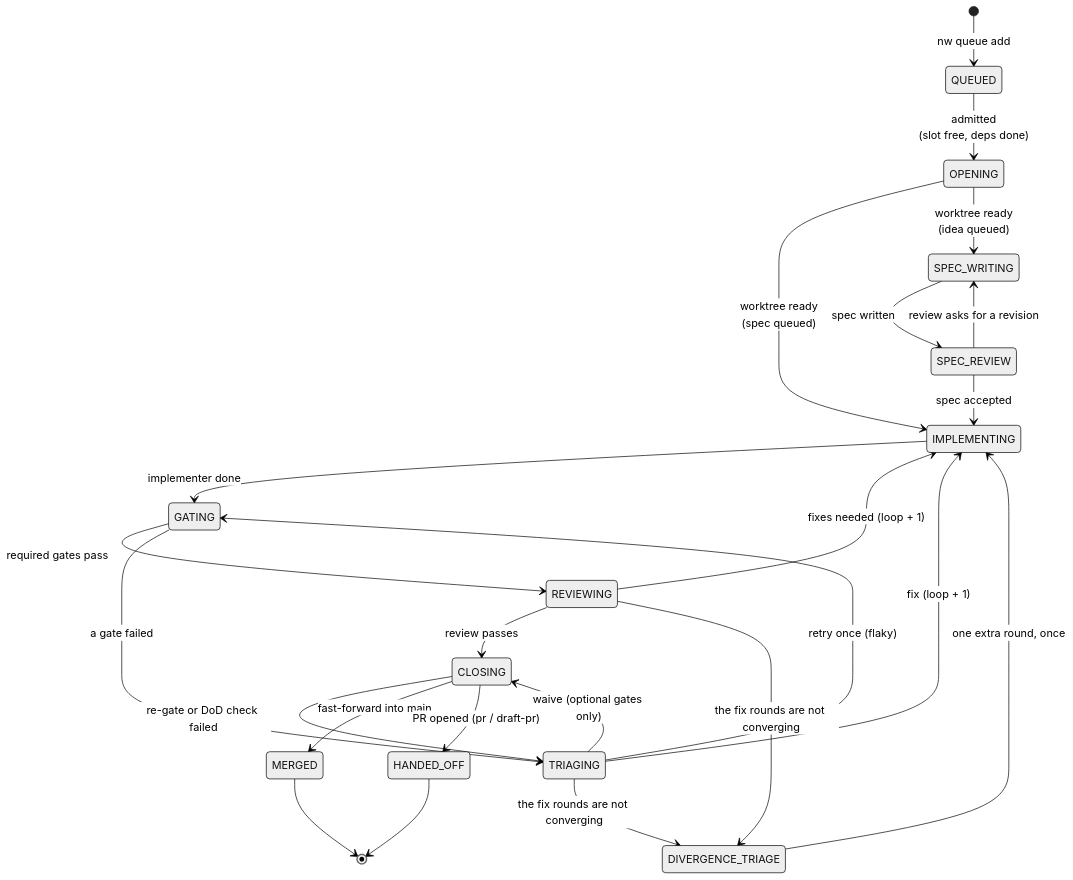
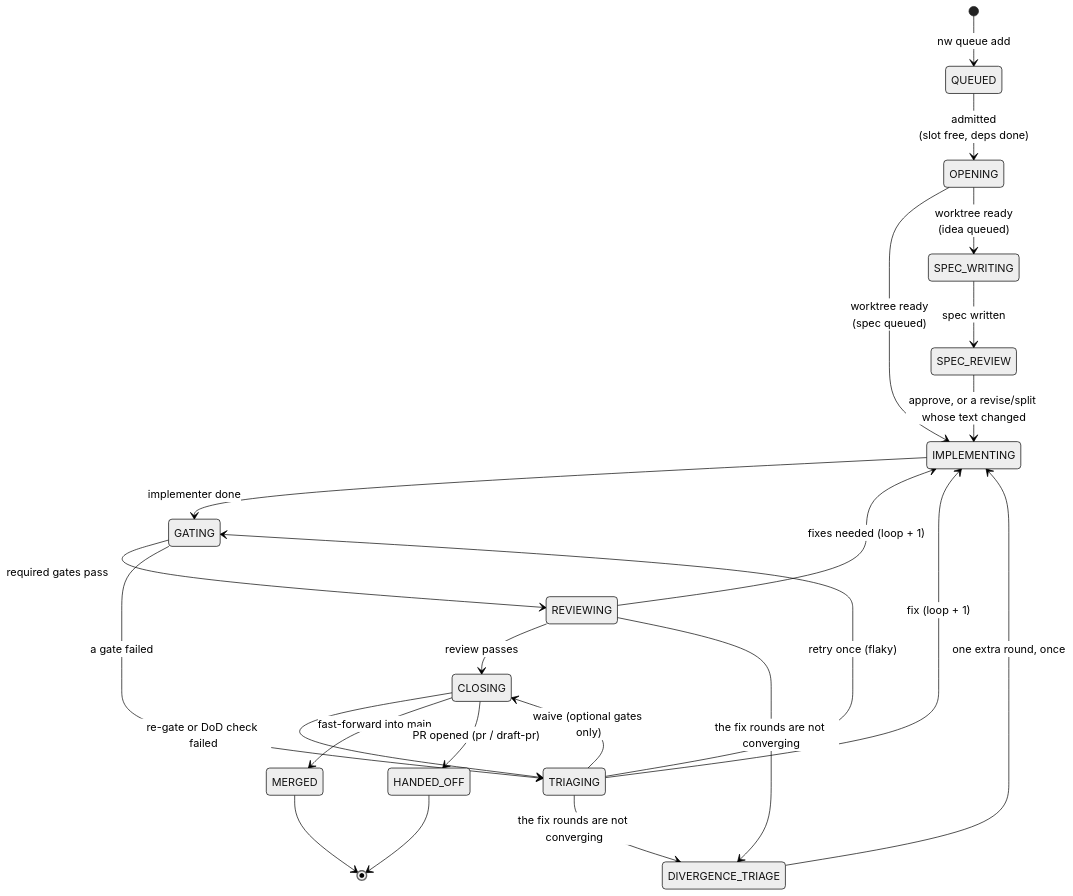
One commit to brunosmmm/nightwright changed the first of 3 diagrams in docs/product/loop/states.md. Above: the diagram before and after it, drawn with Mermaid (neutral theme). The commit also changed other lines of this file and 38 other files, not shown here.

````diff
--- a/docs/product/loop/states.md
+++ b/docs/product/loop/states.md
@@ -11,27 +11,26 @@
 ```mermaid
 stateDiagram-v2
     direction TB
     [*] --> QUEUED: nw queue add
     QUEUED --> OPENING: admitted<br/>(slot free, deps done)
     OPENING --> IMPLEMENTING: worktree ready<br/>(spec queued)
     OPENING --> SPEC_WRITING: worktree ready<br/>(idea queued)
     SPEC_WRITING --> SPEC_REVIEW: spec written
-    SPEC_REVIEW --> SPEC_WRITING: review asks for a revision
-    SPEC_REVIEW --> IMPLEMENTING: spec accepted
+    SPEC_REVIEW --> IMPLEMENTING: approve, or a revise/split whose text changed
     IMPLEMENTING --> GATING: implementer done
     GATING --> REVIEWING: required gates pass
     GATING --> TRIAGING: a gate failed
     TRIAGING --> IMPLEMENTING: fix (loop + 1)
     TRIAGING --> GATING: retry once (flaky)
     TRIAGING --> CLOSING: waive (optional gates only)
     REVIEWING --> IMPLEMENTING: fixes needed (loop + 1)
     REVIEWING --> CLOSING: review passes
     REVIEWING --> DIVERGENCE_TRIAGE: the fix rounds are not converging
     TRIAGING --> DIVERGENCE_TRIAGE: the fix rounds are not converging
     DIVERGENCE_TRIAGE --> IMPLEMENTING: one extra round, once
     CLOSING --> TRIAGING: re-gate or DoD check failed
     CLOSING --> MERGED: fast-forward into main
     CLOSING --> HANDED_OFF: PR opened (pr / draft-pr)
     MERGED --> [*]
     HANDED_OFF --> [*]
 ```
````
